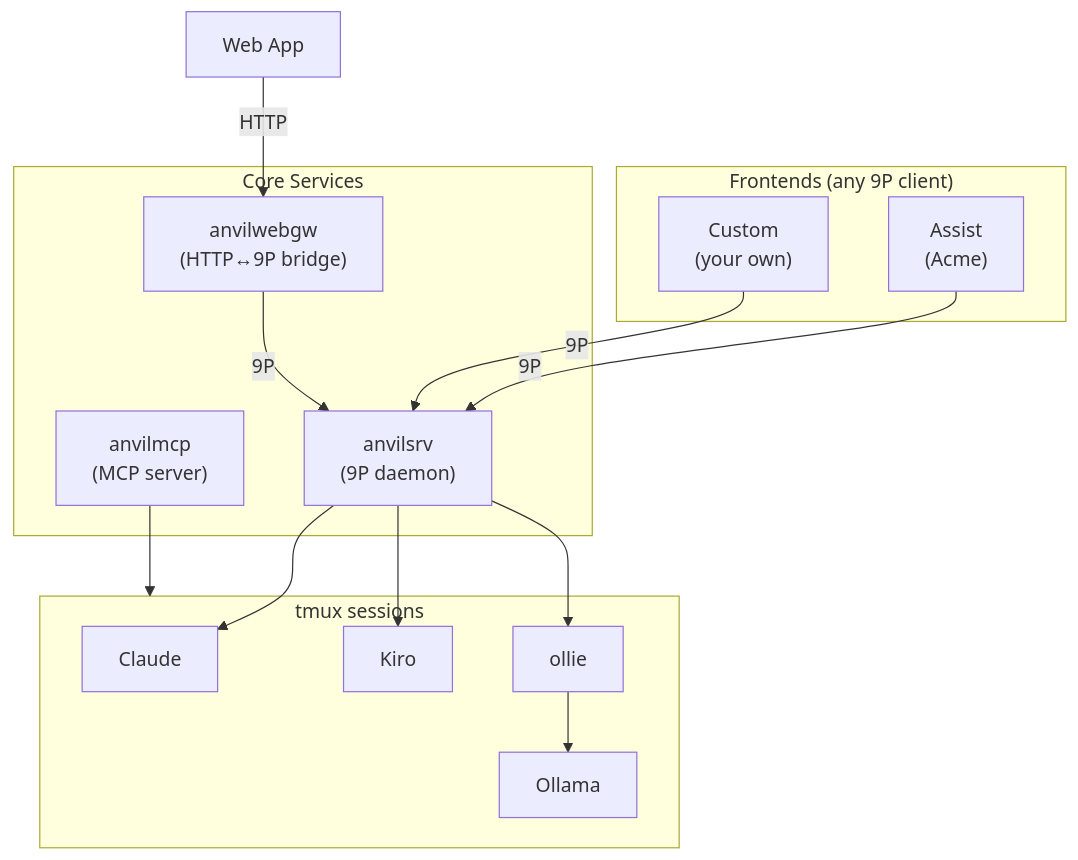
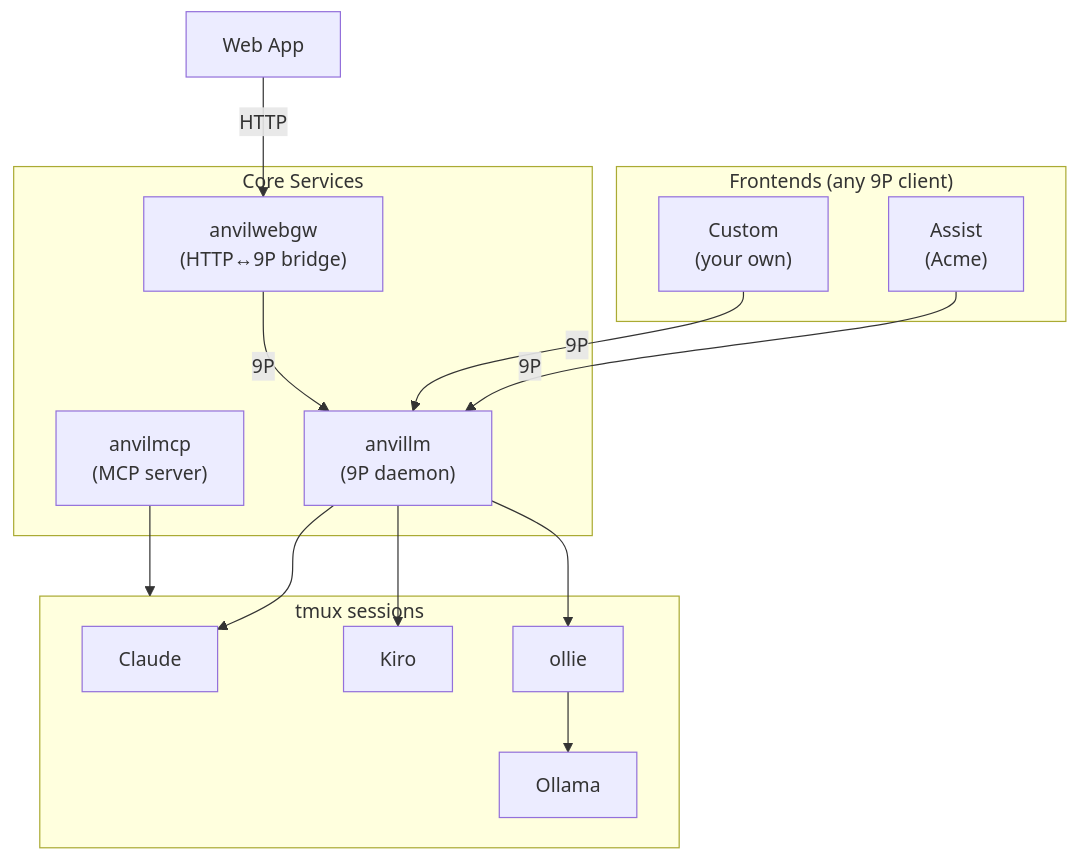
The diagram in docs/diagrams/architecture.mmd (lneely/anvillm), drawn with Mermaid before and after one commit. The commit also changed 2 other files, not shown here.

Commit message:
Fix remaining anvilsrv references

```diff
--- a/docs/diagrams/architecture.mmd
+++ b/docs/diagrams/architecture.mmd
@@ -1,31 +1,31 @@
 graph TB
     subgraph Clients["Frontends (any 9P client)"]
         Assist["Assist<br/>(Acme)"]
         Custom["Custom<br/>(your own)"]
     end
     
     WebApp["Web App"]
     
     subgraph Core["Core Services"]
-        anvilsrv["anvilsrv<br/>(9P daemon)"]
+        anvillm["anvillm<br/>(9P daemon)"]
         anvilmcp["anvilmcp<br/>(MCP server)"]
         anvilwebgw["anvilwebgw<br/>(HTTP↔9P bridge)"]
     end
     
     subgraph tmux["tmux sessions"]
         Claude["Claude"]
         Kiro["Kiro"]
         ollie["ollie"]
         Ollama["Ollama"]
     end
     
-    Assist -->|9P| anvilsrv
-    Custom -->|9P| anvilsrv
+    Assist -->|9P| anvillm
+    Custom -->|9P| anvillm
     WebApp -->|HTTP| anvilwebgw
-    anvilwebgw -->|9P| anvilsrv
+    anvilwebgw -->|9P| anvillm
     
-    anvilsrv --> Claude
-    anvilsrv --> Kiro
-    anvilsrv --> ollie
+    anvillm --> Claude
+    anvillm --> Kiro
+    anvillm --> ollie
     anvilmcp --> tmux
     ollie --> Ollama
```
